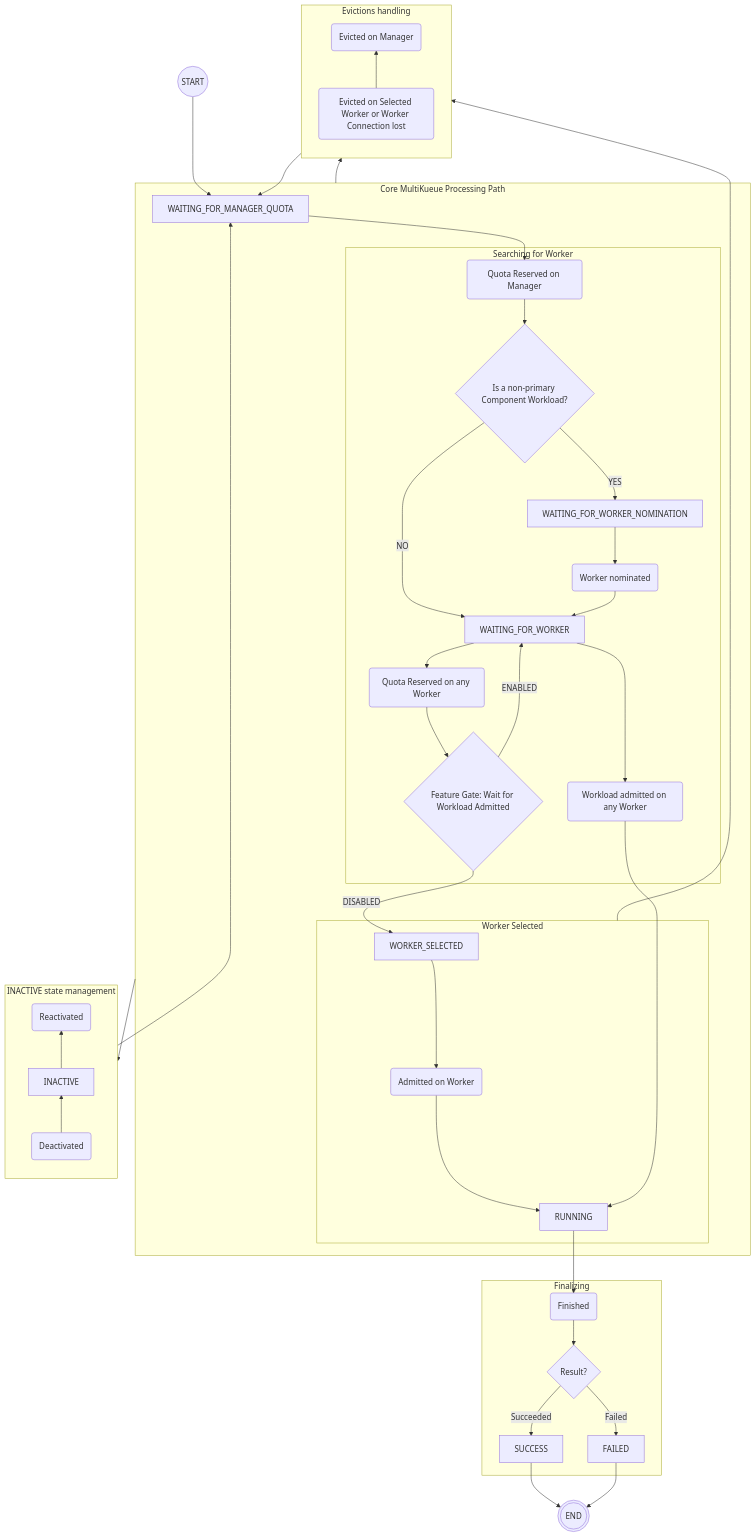
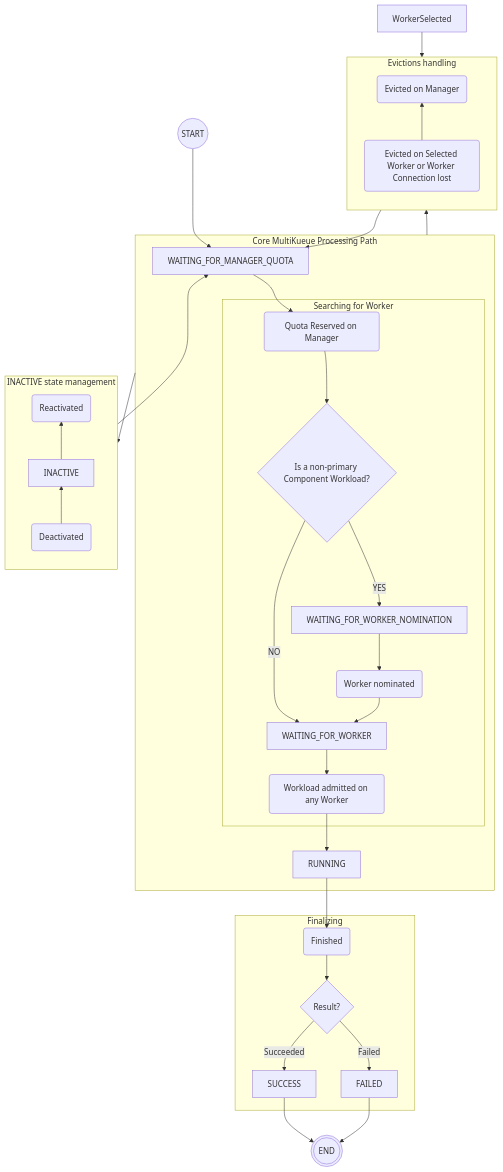
The diagram in keps/10189-multikueue-global-status-condition/README.md (kubernetes-sigs/kueue), drawn with Mermaid before and after one commit. The commit also changed other lines of this file, not shown here.

Commit message:
Updated for 0.19

````diff
--- a/keps/10189-multikueue-global-status-condition/README.md
+++ b/keps/10189-multikueue-global-status-condition/README.md
@@ -80,65 +78,52 @@
 ```mermaid
 flowchart TD
   START@{ shape: circle, label: "START" } --> WAITING_FOR_MANAGER_QUOTA
 
   subgraph CoreLogic [Core MultiKueue Processing Path]
     WAITING_FOR_MANAGER_QUOTA --> ManagerQuotaReserved@{shape: rounded, label: "Quota Reserved on Manager"} --> component{"Is a non-primary Component Workload?"}
     component -- YES --> WAITING_FOR_WORKER_NOMINATION
     component -- NO --> WAITING_FOR_WORKER
 
     WAITING_FOR_WORKER_NOMINATION --> WorkerNominated@{shape: rounded, label: "Worker nominated"} --> WAITING_FOR_WORKER
 
-    WAITING_FOR_WORKER --> AnyWorkerQuotaReserved@{ shape: rounded, label: "Quota Reserved on any Worker"} --> featureGate{"Feature Gate: Wait for Workload Admitted"}
-    featureGate -- ENABLED --> WAITING_FOR_WORKER
-    featureGate -- DISABLED --> WORKER_SELECTED
-
-    WORKER_SELECTED --> WorkerAdmitted@{ shape: rounded, label: "Admitted on Worker"} --> RUNNING
     WAITING_FOR_WORKER --> AnyWorkerAdmitted@{ shape: rounded, label: "Workload admitted on any Worker"} --> RUNNING
 
     subgraph SearchingForWorker [Searching for Worker]
       ManagerQuotaReserved
       component
       WAITING_FOR_WORKER_NOMINATION
       WorkerNominated
       WAITING_FOR_WORKER
-      AnyWorkerQuotaReserved
-      featureGate
       AnyWorkerAdmitted
-    end
-
-    subgraph WorkerSelected [Worker Selected]
-      WORKER_SELECTED
-      WorkerAdmitted
-      RUNNING
     end
   end
 
   subgraph Finalize [Finalizing]
     RUNNING --> Finished@{ shape: rounded, label: "Finished"} --> result{"Result?"}
     result -- Succeeded --> SUCCESS
     result -- Failed --> FAILED
   end
 
   subgraph Active [INACTIVE state management]
     direction BT
     Deactivated@{ shape: rounded, label: "Deactivated"} --> INACTIVE --> Reactivated@{ shape: rounded, label: "Reactivated"}
   end
 
   Reactivated --> WAITING_FOR_MANAGER_QUOTA
   CoreLogic --> Deactivated
 
   subgraph Evictions [Evictions handling]
     direction BT
     EvictedOnManager@{ shape: rounded, label: "Evicted on Manager"}
     EvictedOnWorker@{ shape: rounded, label: "Evicted on Selected Worker or Worker Connection lost"}
     EvictedOnWorker --> EvictedOnManager
   end
 
   EvictedOnManager --> WAITING_FOR_MANAGER_QUOTA
   CoreLogic --> EvictedOnManager
   WorkerSelected --> EvictedOnWorker
 
   END@{ shape: dbl-circ, label: "END" }
   SUCCESS --> END
   FAILED --> END
 ```
````
